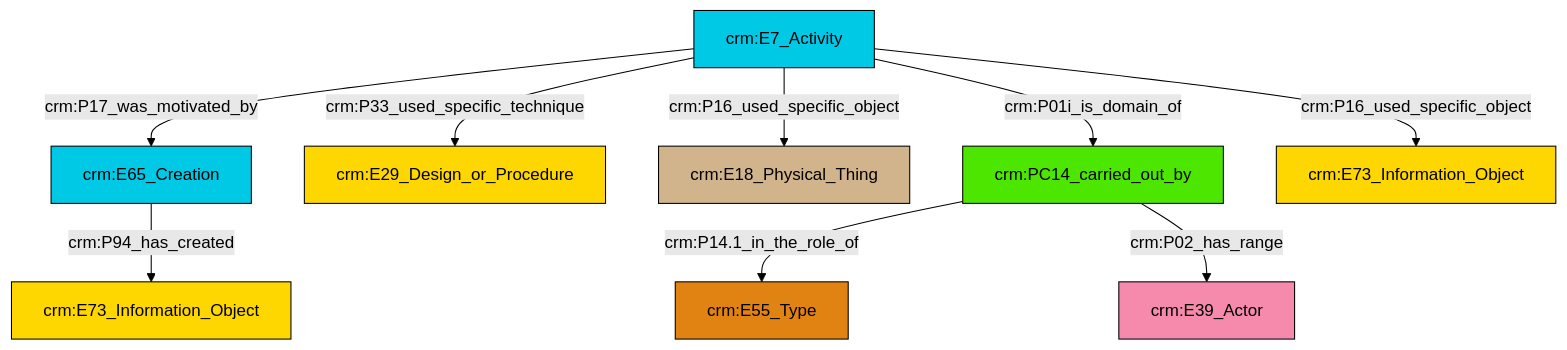
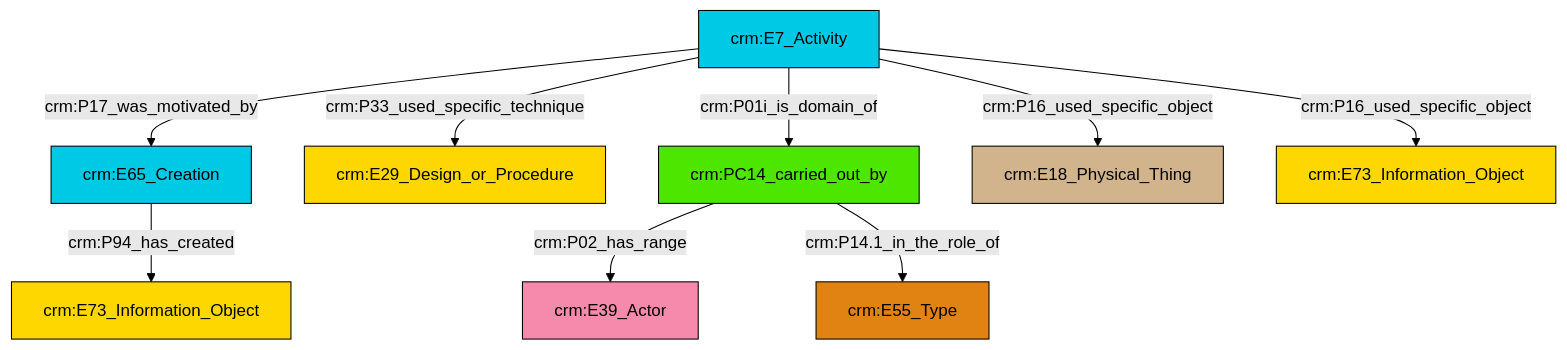
One commit to swiss-art-research-net/reference-data-models changed the diagram in et/eventCSV/ttl/mmd/event_participation.ttl.mmd. Above: the diagram before and after it, drawn with Mermaid (forest theme). The commit also changed 124 other files, not shown here.

```diff
--- a/et/eventCSV/ttl/mmd/event_participation.ttl.mmd
+++ b/et/eventCSV/ttl/mmd/event_participation.ttl.mmd
@@ -1,23 +1,23 @@
 graph TD
 classDef Literal fill:#f2f2f2,stroke:#000000;
 classDef CRM_Entity fill:#FFFFFF,stroke:#000000;
 classDef Temporal_Entity fill:#00C9E6, stroke:#000000;
 classDef Type fill:#E18312, stroke:#000000;
 classDef Time-Span fill:#2C9C91, stroke:#000000;
 classDef Appellation fill:#FFEB7F, stroke:#000000;
 classDef Place fill:#008836, stroke:#000000;
 classDef Persistent_Item fill:#B266B2, stroke:#000000;
 classDef Conceptual_Object fill:#FFD700, stroke:#000000;
 classDef Physical_Thing fill:#D2B48C, stroke:#000000;
 classDef Actor fill:#f58aad, stroke:#000000;
 classDef PC_Classes fill:#4ce600, stroke:#000000;
 classDef Multi fill:#cccccc,stroke:#000000;
 
-6["crm:E7_Activity"]:::Temporal_Entity -->|crm:P16_used_specific_object| 4["crm:E18_Physical_Thing"]:::Physical_Thing
+4["crm:E65_Creation"]:::Temporal_Entity -->|crm:P94_has_created| 5["crm:E73_Information_Object"]:::Conceptual_Object
+6["crm:E7_Activity"]:::Temporal_Entity -->|crm:P17_was_motivated_by| 4["crm:E65_Creation"]:::Temporal_Entity
 6["crm:E7_Activity"]:::Temporal_Entity -->|crm:P33_used_specific_technique| 2["crm:E29_Design_or_Procedure"]:::Conceptual_Object
-6["crm:E7_Activity"]:::Temporal_Entity -->|crm:P17_was_motivated_by| 7["crm:E65_Creation"]:::Temporal_Entity
 6["crm:E7_Activity"]:::Temporal_Entity -->|crm:P01i_is_domain_of| 0["crm:PC14_carried_out_by"]:::PC_Classes
-0["crm:PC14_carried_out_by"]:::PC_Classes -->|crm:P14.1_in_the_role_of| 14["crm:E55_Type"]:::Type
 0["crm:PC14_carried_out_by"]:::PC_Classes -->|crm:P02_has_range| 12["crm:E39_Actor"]:::Actor
-7["crm:E65_Creation"]:::Temporal_Entity -->|crm:P94_has_created| 16["crm:E73_Information_Object"]:::Conceptual_Object
-6["crm:E7_Activity"]:::Temporal_Entity -->|crm:P16_used_specific_object| 9["crm:E73_Information_Object"]:::Conceptual_Object
+6["crm:E7_Activity"]:::Temporal_Entity -->|crm:P16_used_specific_object| 15["crm:E73_Information_Object"]:::Conceptual_Object
+0["crm:PC14_carried_out_by"]:::PC_Classes -->|crm:P14.1_in_the_role_of| 10["crm:E55_Type"]:::Type
+6["crm:E7_Activity"]:::Temporal_Entity -->|crm:P16_used_specific_object| 7["crm:E18_Physical_Thing"]:::Physical_Thing
```
